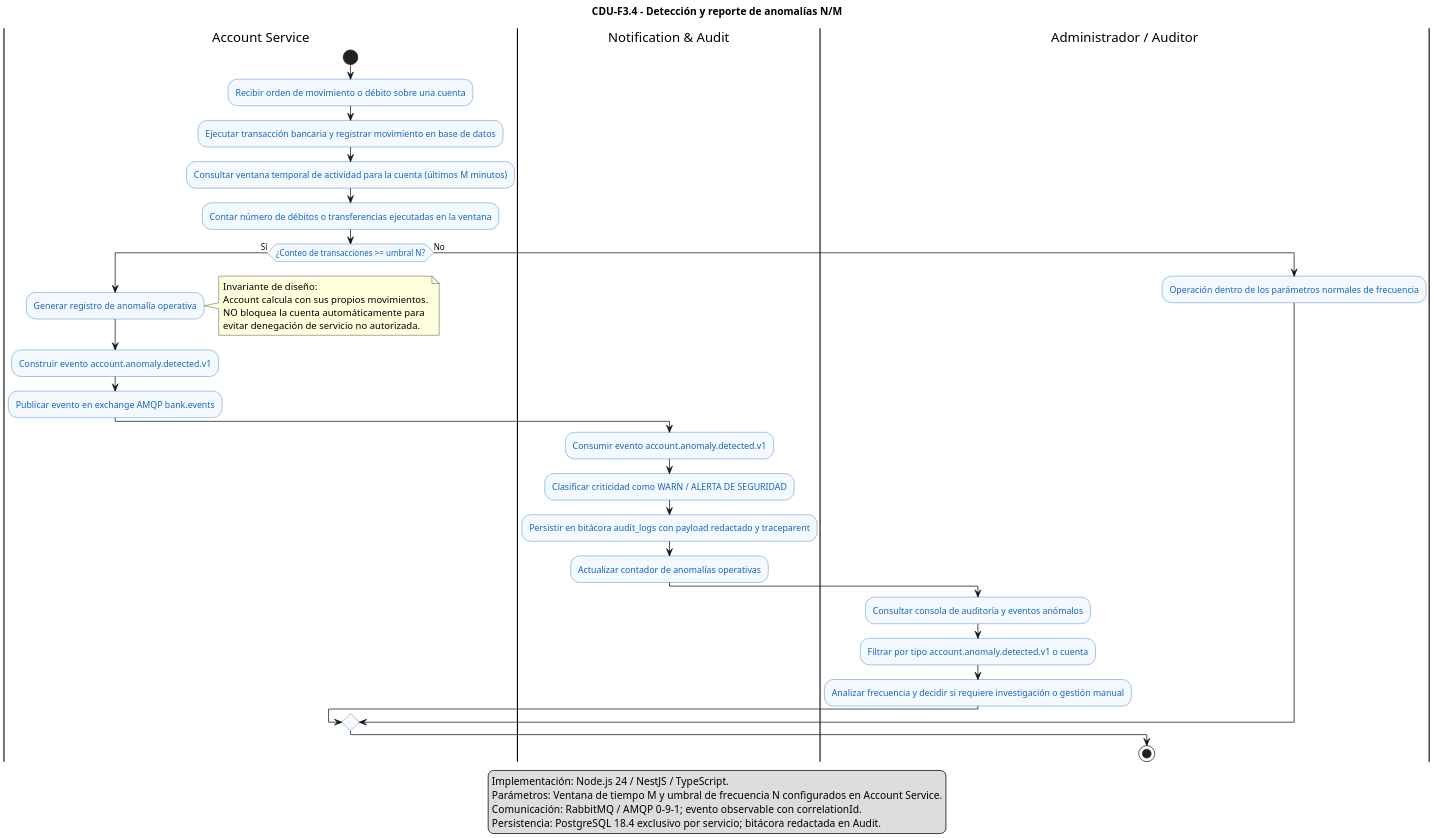
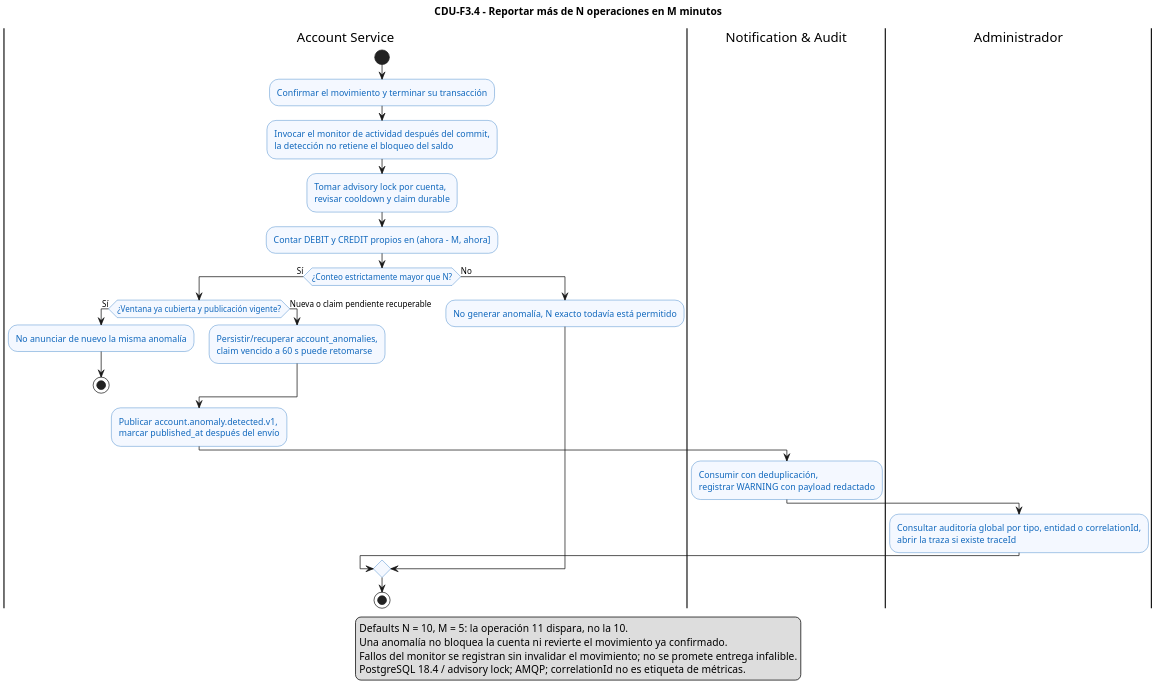
Before and after one commit to marcosbondel/Proyecto-SA-B-2: the diagram in docs/architecture/diagrams/cdu/fase3/flujos/CDU-F3.4-reportar-anomalia-nm.puml, drawn with PlantUML. The commit also changed 41 other files, not shown here.

Commit message:
feat: add phase 3 architecture diagrams, use cases, and documentation inventory

```diff
--- a/docs/architecture/diagrams/cdu/fase3/flujos/CDU-F3.4-reportar-anomalia-nm.puml
+++ b/docs/architecture/diagrams/cdu/fase3/flujos/CDU-F3.4-reportar-anomalia-nm.puml
@@ -1,47 +1,42 @@
 @startuml CDU-F3.4-reportar-anomalia-nm
-title CDU-F3.4 - Detección y reporte de anomalías N/M
+title CDU-F3.4 - Reportar más de N operaciones en M minutos
 
 skinparam shadowing false
+skinparam defaultFontName "Segoe UI"
 skinparam dpi 180
 skinparam activity {
     BackgroundColor #F4F8FF
     BorderColor #1168BD
     FontColor #1168BD
 }
 
 |Account Service|
 start
-:Recibir orden de movimiento o débito sobre una cuenta;
-:Ejecutar transacción bancaria y registrar movimiento en base de datos;
-:Consultar ventana temporal de actividad para la cuenta (últimos M minutos);
-:Contar número de débitos o transferencias ejecutadas en la ventana;
-if (¿Conteo de transacciones >= umbral N?) then (Sí)
-    :Generar registro de anomalía operativa;
-    note right
-      Invariante de diseño:
-      Account calcula con sus propios movimientos.
-      NO bloquea la cuenta automáticamente para
-      evitar denegación de servicio no autorizada.
-    end note
-    :Construir evento account.anomaly.detected.v1;
-    :Publicar evento en exchange AMQP bank.events;
-|Notification & Audit|
-    :Consumir evento account.anomaly.detected.v1;
-    :Clasificar criticidad como WARN / ALERTA DE SEGURIDAD;
-    :Persistir en bitácora audit_logs con payload redactado y traceparent;
-    :Actualizar contador de anomalías operativas;
-|Administrador / Auditor|
-    :Consultar consola de auditoría y eventos anómalos;
-    :Filtrar por tipo account.anomaly.detected.v1 o cuenta;
-    :Analizar frecuencia y decidir si requiere investigación o gestión manual;
+:Confirmar el movimiento y terminar su transacción;
+:Invocar el monitor de actividad después del commit,\nla detección no retiene el bloqueo del saldo;
+:Tomar advisory lock por cuenta,\nrevisar cooldown y claim durable;
+:Contar DEBIT y CREDIT propios en (ahora - M, ahora];
+if (¿Conteo estrictamente mayor que N?) then (Sí)
+  if (¿Ventana ya cubierta y publicación vigente?) then (Sí)
+    :No anunciar de nuevo la misma anomalía;
+    stop
+  else (Nueva o claim pendiente recuperable)
+    :Persistir/recuperar account_anomalies,\nclaim vencido a 60 s puede retomarse;
+  endif
+  :Publicar account.anomaly.detected.v1,\nmarcar published_at después del envío;
+  |Notification & Audit|
+  :Consumir con deduplicación,\nregistrar WARNING con payload redactado;
+  |Administrador|
+  :Consultar auditoría global por tipo, entidad o correlationId,\nabrir la traza si existe traceId;
 else (No)
-    :Operación dentro de los parámetros normales de frecuencia;
+  |Account Service|
+  :No generar anomalía, N exacto todavía está permitido;
 endif
 stop
 legend bottom
-  Implementación: Node.js 24 / NestJS / TypeScript.
-  Parámetros: Ventana de tiempo M y umbral de frecuencia N configurados en Account Service.
-  Comunicación: RabbitMQ / AMQP 0-9-1; evento observable con correlationId.
-  Persistencia: PostgreSQL 18.4 exclusivo por servicio; bitácora redactada en Audit.
+  Defaults N = 10, M = 5: la operación 11 dispara, no la 10.
+  Una anomalía no bloquea la cuenta ni revierte el movimiento ya confirmado.
+  Fallos del monitor se registran sin invalidar el movimiento; no se promete entrega infalible.
+  PostgreSQL 18.4 / advisory lock; AMQP; correlationId no es etiqueta de métricas.
 endlegend
 @enduml
```
